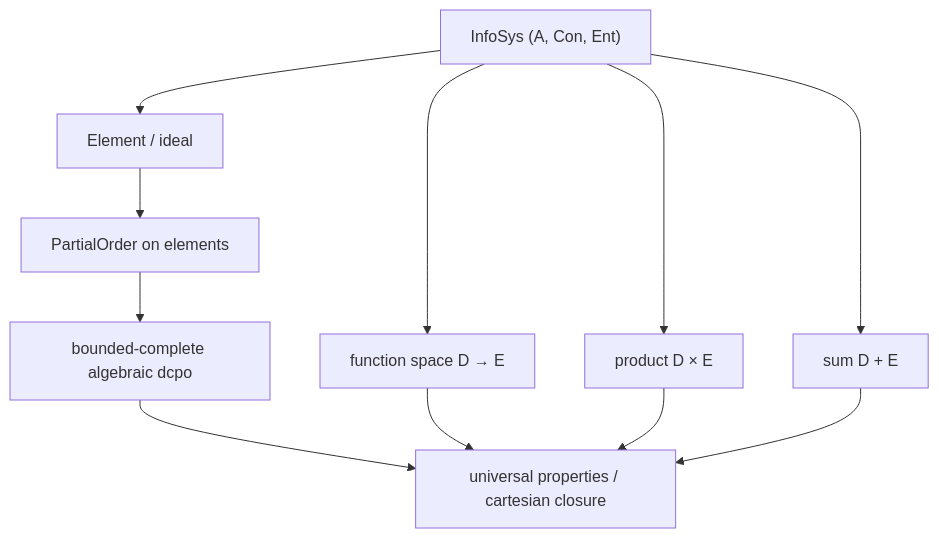
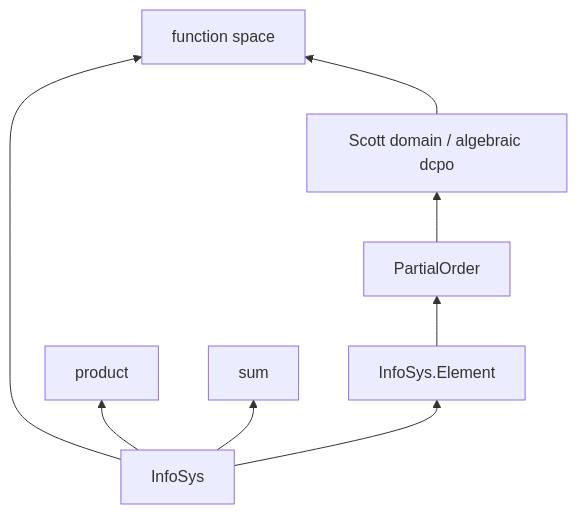
One commit to catskillsresearch/domain_theory changed the seventh of 8 diagrams in arxiv.md. Above: the diagram before and after it, drawn with Mermaid. The commit also changed other lines of this file and 5 other files, not shown here.

````diff
--- a/arxiv.md
+++ b/arxiv.md
@@ -111,13 +417,18 @@
 ```mermaid
-flowchart TD
-  IS["InfoSys (A, Con, Ent)"] --> EL["Element / ideal"]
-  EL --> PO["PartialOrder on elements"]
-  PO --> DCPO["bounded-complete algebraic dcpo"]
-  IS --> FUN["function space D → E"]
-  IS --> PROD["product D × E"]
-  IS --> SUM["sum D + E"]
-  DCPO --> UP["universal properties / cartesian closure"]
-  FUN --> UP
-  PROD --> UP
-  SUM --> UP
+flowchart BT
+  IS["InfoSys"]
+  EL["InfoSys.Element"]
+  PO["PartialOrder"]
+  DCPO["Scott domain / algebraic dcpo"]
+  FUN["function space"]
+  PROD["product"]
+  SUM["sum"]
+
+  IS --> EL
+  EL --> PO
+  PO --> DCPO
+  IS --> FUN
+  IS --> PROD
+  IS --> SUM
+  DCPO --> FUN
 ```
````
